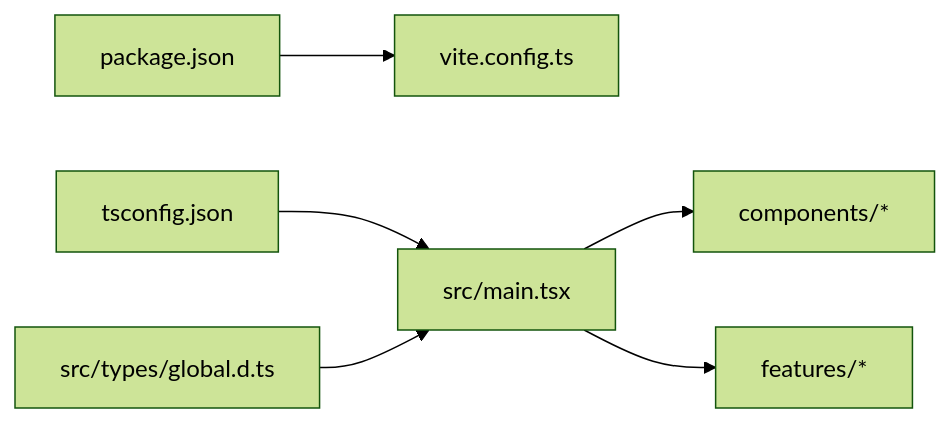
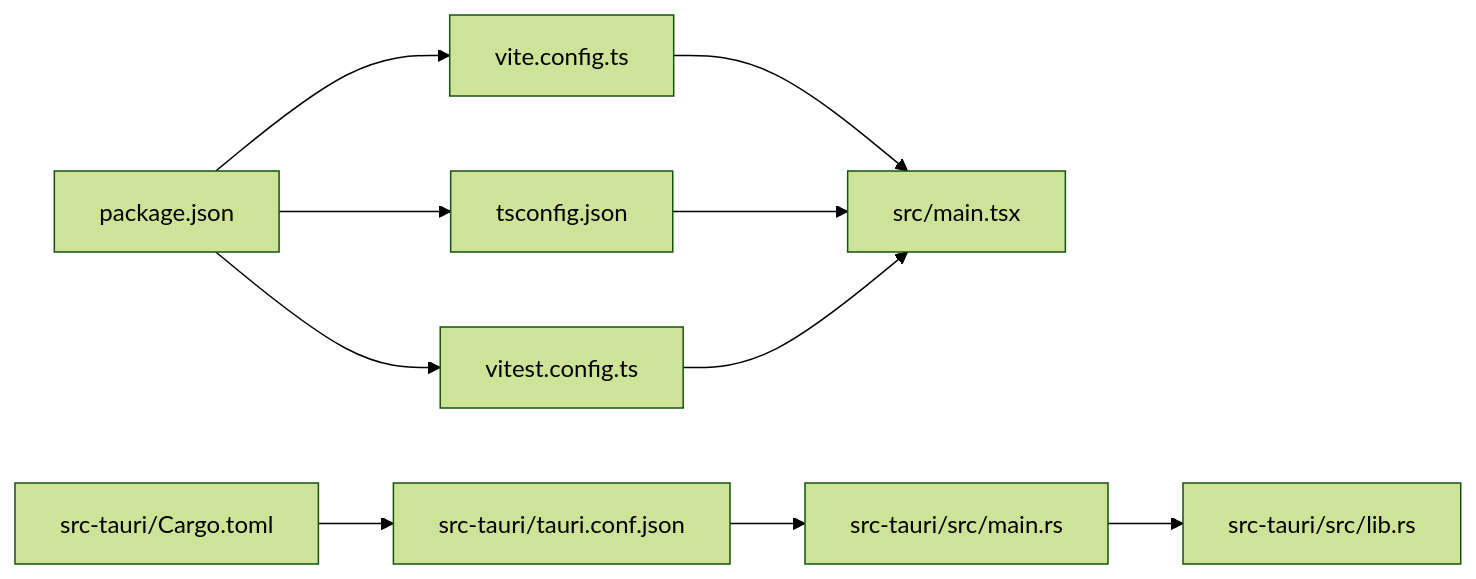
Before and after one commit to gzdxhujiale/FishWorker: the third of 3 diagrams in .qoder/repowiki/zh/content/开发指南/代码规范.md, drawn with Mermaid (forest theme). The commit also changed other lines of this file and 238 other files, not shown here.

````diff
--- a/.qoder/repowiki/zh/content/开发指南/代码规范.md
+++ b/.qoder/repowiki/zh/content/开发指南/代码规范.md
@@ -337,8 +232,12 @@
 ```mermaid
 graph LR
 Pkg["package.json"] --> Vite["vite.config.ts"]
-TSConf["tsconfig.json"] --> Main["src/main.tsx"]
-Global["src/types/global.d.ts"] --> Main
-Main --> Components["components/*"]
-Main --> Features["features/*"]
+Pkg --> TS["tsconfig.json"]
+Pkg --> Vitest["vitest.config.ts"]
+Vite --> MainFE["src/main.tsx"]
+TS --> MainFE
+Vitest --> MainFE
+Cargo["src-tauri/Cargo.toml"] --> TauriConf["src-tauri/tauri.conf.json"]
+TauriConf --> MainRS["src-tauri/src/main.rs"]
+MainRS --> LibRS["src-tauri/src/lib.rs"]
 ```
````
